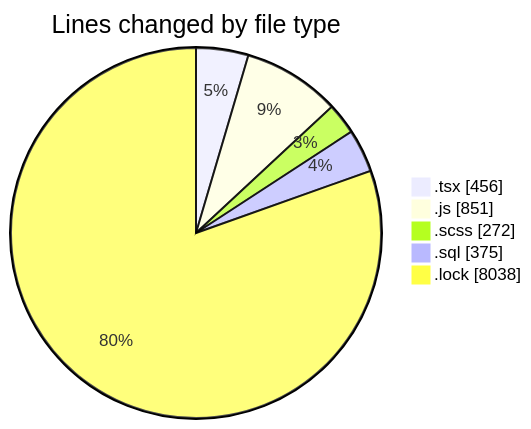
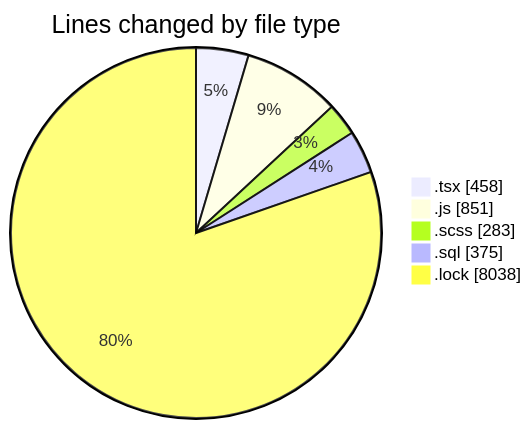
The first of 2 diagrams in 2025-03-18/cda/README.md (momahboobian/code-tracking), drawn with Mermaid before and after one commit. The commit also changed other lines of this file and 1 other file, not shown here.

````diff
--- a/2025-03-18/cda/README.md
+++ b/2025-03-18/cda/README.md
@@ -30,9 +30,9 @@
 ```mermaid
 pie showData
 title Lines changed by file type
-".tsx" : 456
+".tsx" : 458
 ".js" : 851
-".scss" : 272
+".scss" : 283
 ".sql" : 375
 ".lock" : 8038
 ```
````
